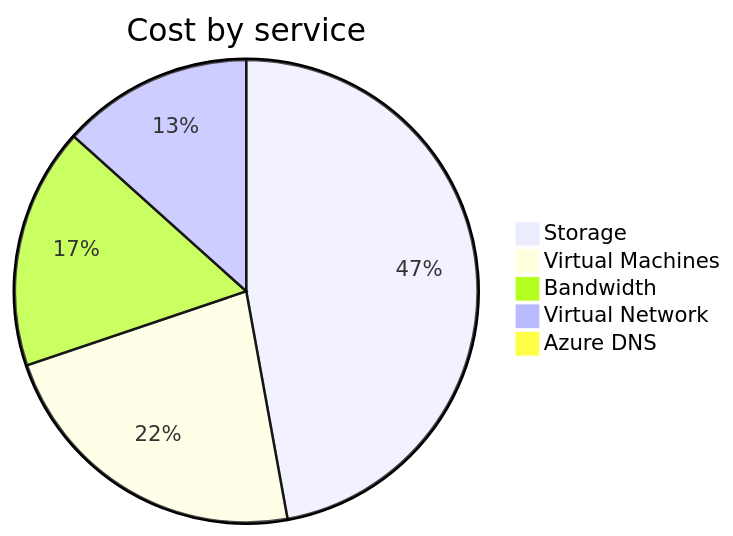
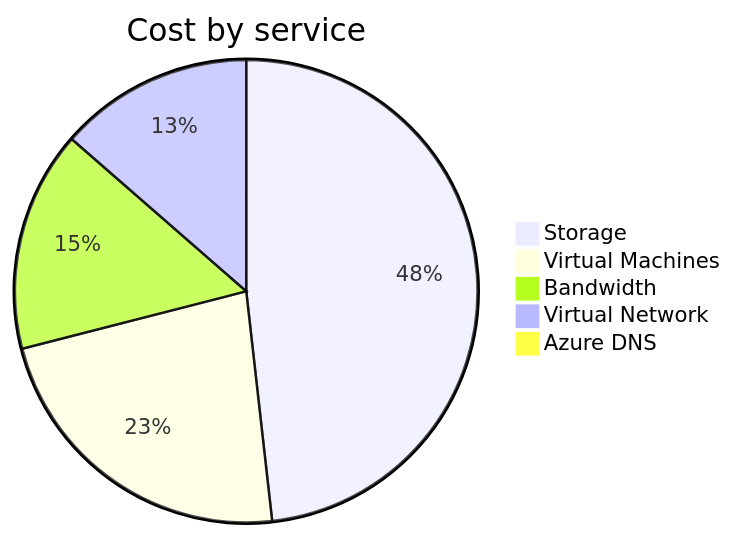
Before and after one commit to jpfulton/azure-personal-reports: the second of 4 diagrams in cost-reports/personal-network/README.md, drawn with Mermaid. The commit also changed other lines of this file and 8 other files, not shown here.

````diff
--- a/cost-reports/personal-network/README.md
+++ b/cost-reports/personal-network/README.md
@@ -99,9 +99,9 @@
 ```mermaid
 pie
    title Cost by service
-   "Storage" : 7.59
-   "Virtual Machines" : 3.65
+   "Storage" : 8.48
+   "Virtual Machines" : 4.01
    "Bandwidth" : 2.71
-   "Virtual Network" : 2.15
-   "Azure DNS" : 0.14
+   "Virtual Network" : 2.39
+   "Azure DNS" : 0.16
 ```
````
